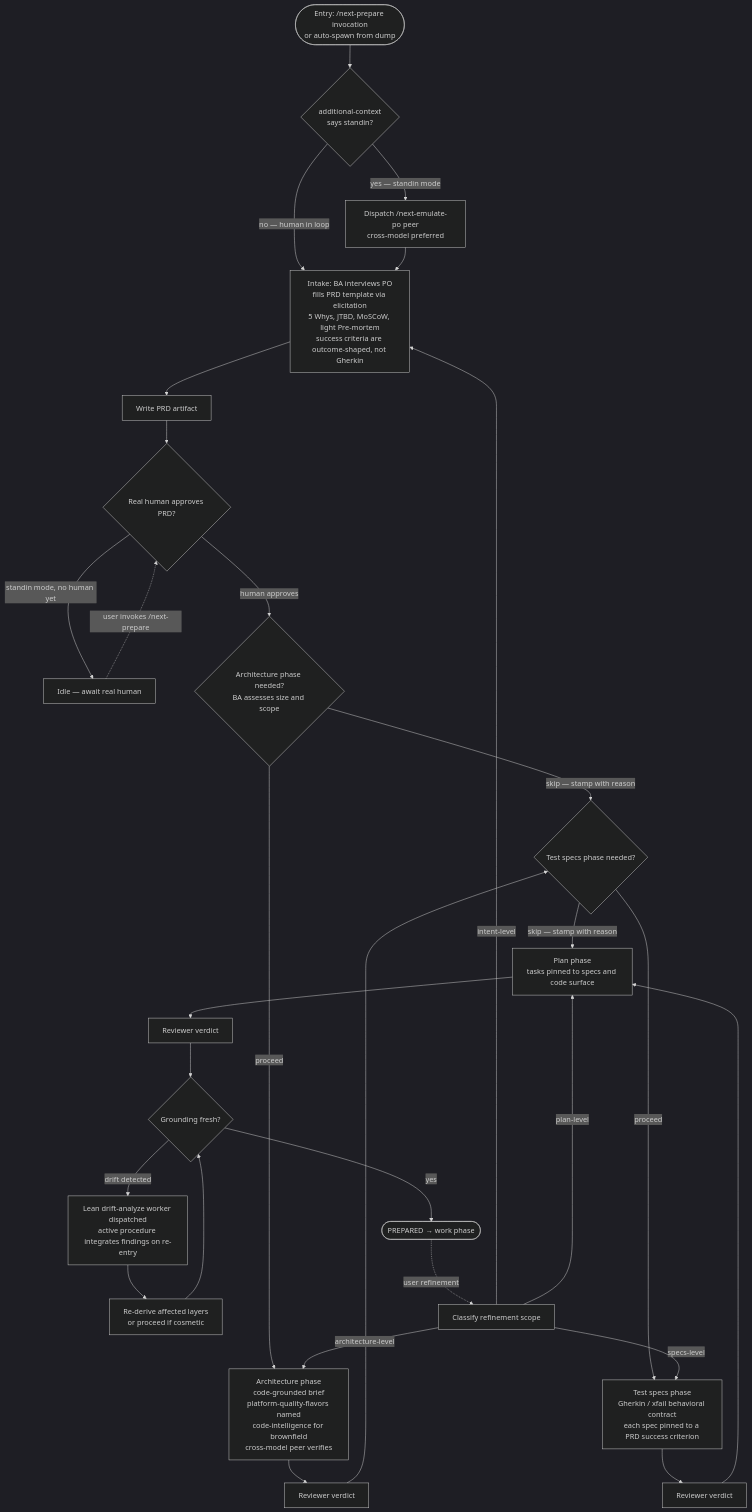
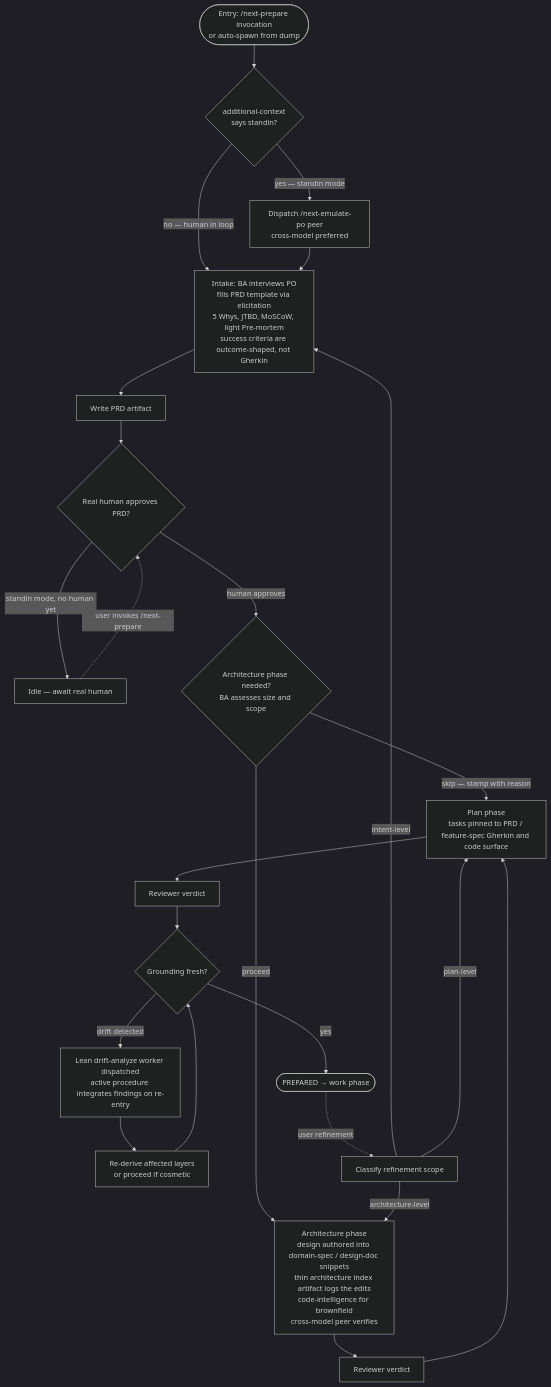
The diagram in docs/project/design/architecture/prepare-flow.md (InstruktAI/TeleClaude), drawn with Mermaid (dark theme) before and after one commit. The commit also changed other lines of this file and 49 other files, not shown here.

````diff
--- a/docs/project/design/architecture/prepare-flow.md
+++ b/docs/project/design/architecture/prepare-flow.md
@@ -75,50 +74,41 @@
 ```mermaid
 flowchart TD
     Entry([Entry: /next-prepare invocation<br/>or auto-spawn from dump])
     Entry --> ModeCheck{additional-context<br/>says standin?}
 
     ModeCheck -->|yes — standin mode| DispatchStandin[Dispatch /next-emulate-po peer<br/>cross-model preferred]
     ModeCheck -->|no — human in loop| Intake
 
     DispatchStandin --> Intake[Intake: BA interviews PO<br/>fills PRD template via elicitation<br/>5 Whys, JTBD, MoSCoW, light Pre-mortem<br/>success criteria are outcome-shaped, not Gherkin]
 
     Intake --> WritePRD[Write PRD artifact]
     WritePRD --> PRDApprove{Real human approves PRD?}
 
     PRDApprove -->|standin mode, no human yet| Idle[Idle — await real human]
     PRDApprove -->|human approves| AssessArch
 
     Idle -.user invokes /next-prepare.-> PRDApprove
 
     AssessArch{Architecture phase needed?<br/>BA assesses size and scope}
-    AssessArch -->|skip — stamp with reason| AssessSpecs
+    AssessArch -->|skip — stamp with reason| PlanPhase
     AssessArch -->|proceed| ArchPhase
 
-    ArchPhase[Architecture phase<br/>code-grounded brief<br/>platform-quality-flavors named<br/>code-intelligence for brownfield<br/>cross-model peer verifies]
+    ArchPhase[Architecture phase<br/>design authored into domain-spec / design-doc snippets<br/>thin architecture index artifact logs the edits<br/>code-intelligence for brownfield<br/>cross-model peer verifies]
     ArchPhase --> ArchReview[Reviewer verdict]
-    ArchReview --> AssessSpecs
+    ArchReview --> PlanPhase
 
-    AssessSpecs{Test specs phase needed?}
-    AssessSpecs -->|skip — stamp with reason| PlanPhase
-    AssessSpecs -->|proceed| SpecsPhase
-
-    SpecsPhase[Test specs phase<br/>Gherkin / xfail behavioral contract<br/>each spec pinned to a PRD success criterion]
-    SpecsPhase --> SpecsReview[Reviewer verdict]
-    SpecsReview --> PlanPhase
-
-    PlanPhase[Plan phase<br/>tasks pinned to specs and code surface]
+    PlanPhase[Plan phase<br/>tasks pinned to PRD / feature-spec Gherkin and code surface]
     PlanPhase --> PlanReview[Reviewer verdict]
     PlanReview --> Grounding{Grounding fresh?}
 
     Grounding -->|yes| Prepared([PREPARED → work phase])
     Grounding -->|drift detected| DriftWorker[Lean drift-analyze worker dispatched<br/>active procedure integrates findings on re-entry]
     DriftWorker --> Plan[Re-derive affected layers<br/>or proceed if cosmetic]
     Plan --> Grounding
 
     %% Refinement
     Prepared -.user refinement.-> RefineClassify[Classify refinement scope]
     RefineClassify -->|intent-level| Intake
     RefineClassify -->|architecture-level| ArchPhase
-    RefineClassify -->|specs-level| SpecsPhase
     RefineClassify -->|plan-level| PlanPhase
 ```
````
